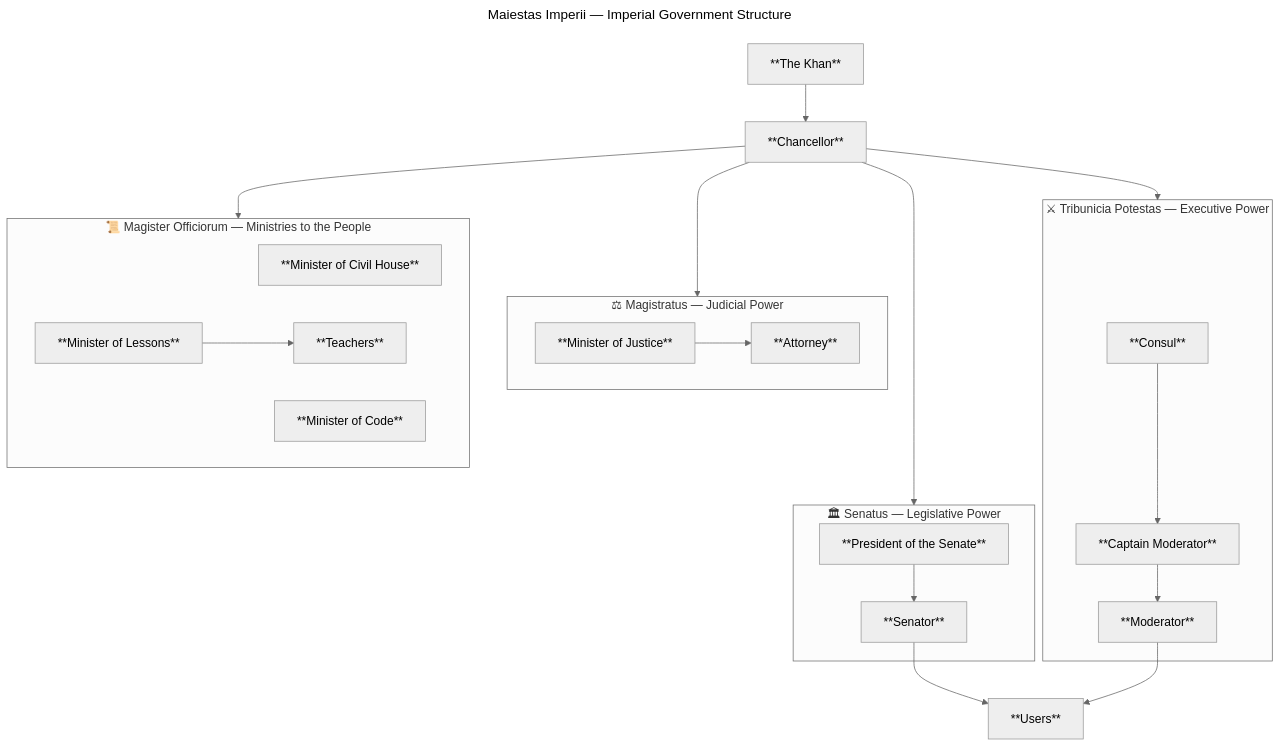
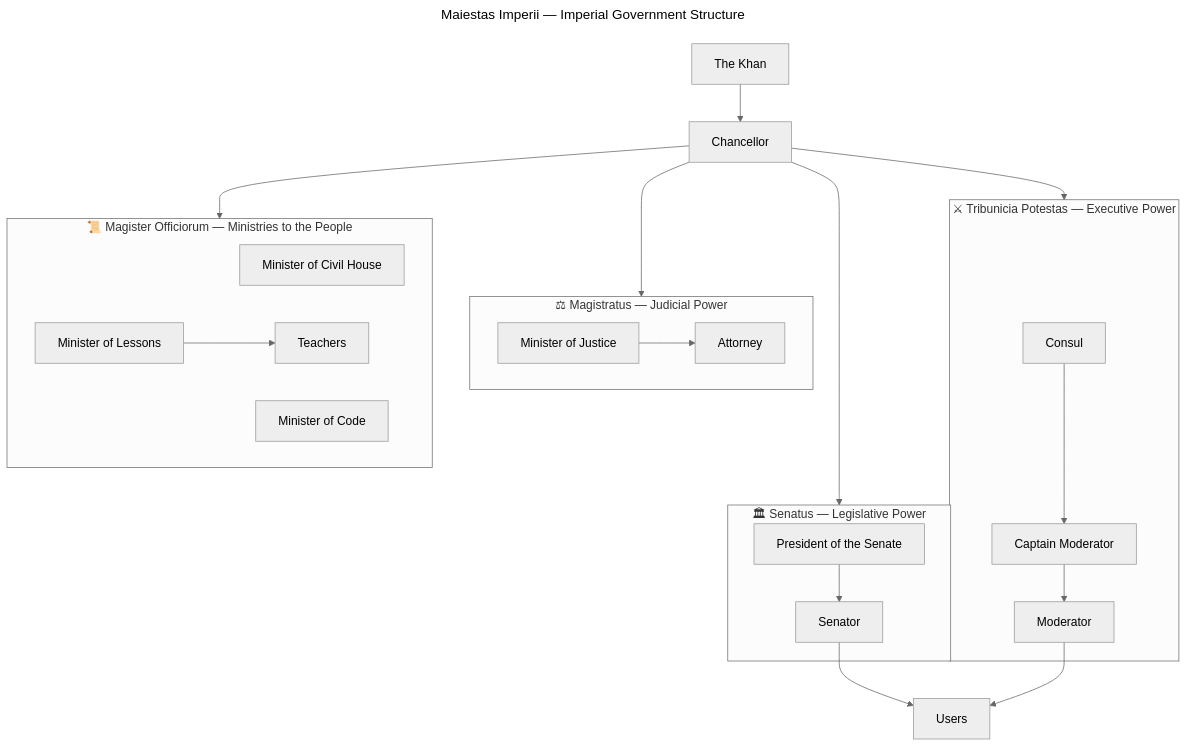
Before and after one commit to Language-Sloth/languagesloth-docs: the diagram in content/Language Sloth/Language Sloth Community Governance/Government structure.md, drawn with Mermaid (neutral theme). The commit also changed 96 other files, not shown here.

First line of the commit message:
Customize repo: project README, CLAUDE.md, sidebar + mermaid fixes

````diff
--- a/content/Language Sloth/Language Sloth Community Governance/Government structure.md
+++ b/content/Language Sloth/Language Sloth Community Governance/Government structure.md
@@ -2,52 +2,47 @@
 ```mermaid
 ---
 title: Maiestas Imperii — Imperial Government Structure
 ---
 flowchart TD
-    %% Apex
-    KHAN["**The Khan**"]
-    CHAN["**Chancellor**"]
+    KHAN["The Khan"]
+    CHAN["Chancellor"]
 
     KHAN --> CHAN
 
-    %% Four branches
+    subgraph SEN["🏛 Senatus — Legislative Power"]
+        PRES["President of the Senate"]
+        SENAT["Senator"]
+        PRES --> SENAT
+    end
+
+    subgraph TRIB["⚔ Tribunicia Potestas — Executive Power"]
+        CONS["Consul"]
+        CAPM["Captain Moderator"]
+        MODER["Moderator"]
+        CONS --> CAPM --> MODER
+    end
+
+    subgraph MAG["⚖ Magistratus — Judicial Power"]
+        JUST["Minister of Justice"]
+        ATT["Attorney"]
+        JUST --> ATT
+    end
+
+    subgraph OFF["📜 Magister Officiorum — Ministries to the People"]
+        MCIV["Minister of Civil House"]
+        MLES["Minister of Lessons"]
+        MCOD["Minister of Code"]
+        TEACH["Teachers"]
+        MLES --> TEACH
+    end
+
+    USERS["Users"]
+
     CHAN --> SEN
     CHAN --> TRIB
     CHAN --> MAG
     CHAN --> OFF
 
-    %% Senatus — Legislative Power
-    subgraph SEN["🏛 Senatus — Legislative Power"]
-        PRES["**President of the Senate**"]
-        SENAT["**Senator**"]
-        PRES --> SENAT
-    end
-
-    %% Tribunicia Potestas — Executive Power
-    subgraph TRIB["⚔ Tribunicia Potestas — Executive Power"]
-        CONS["**Consul**"]
-        CAPM["**Captain Moderator**"]
-        MODER["**Moderator**"]
-        CONS --> CAPM --> MODER
-    end
-
-    %% Magistratus — Judicial Power
-    subgraph MAG["⚖ Magistratus — Judicial Power"]
-        JUST["**Minister of Justice**"]
-        ATT["**Attorney**"]
-        JUST --> ATT
-    end
-
-    %% Magister Officiorum — Ministries to the People
-    subgraph OFF["📜 Magister Officiorum — Ministries to the People"]
-        MCIV["**Minister of Civil House**"]
-        MLES["**Minister of Lessons**"]
-        MCOD["**Minister of Code**"]
-        TEACH["**Teachers**"]
-        MLES --> TEACH
-    end
-
-    %% Users — governed by Legislature & Executive
-    SENAT --> USERS["**Users**"]
+    SENAT --> USERS
     MODER --> USERS
 ```
````
